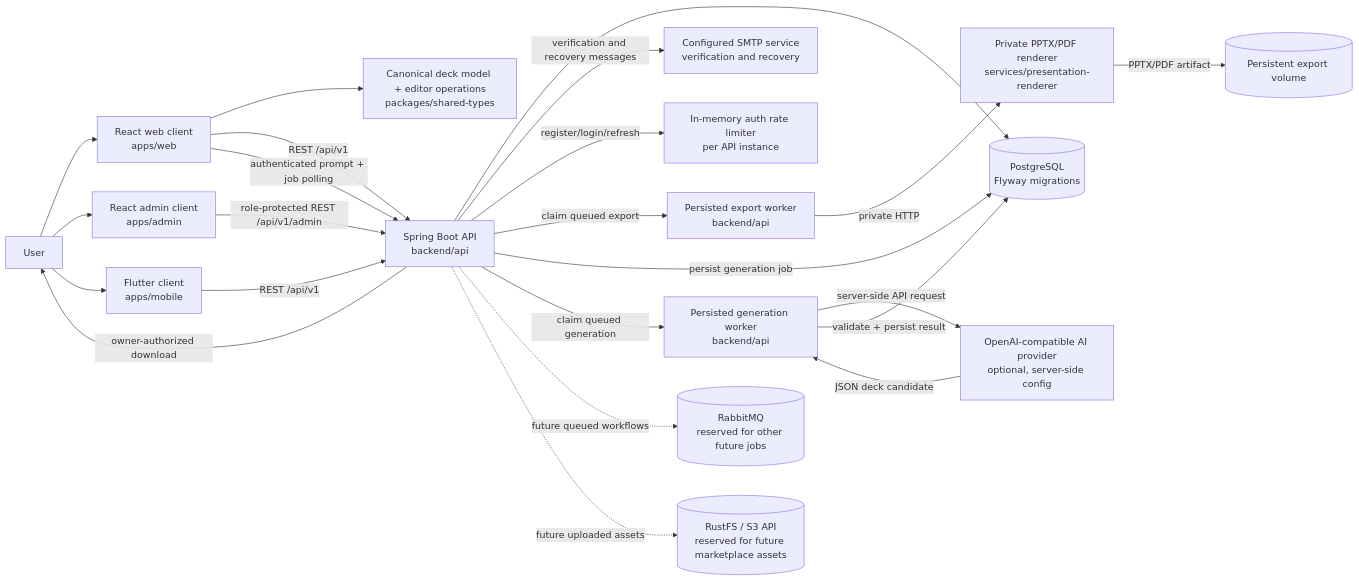
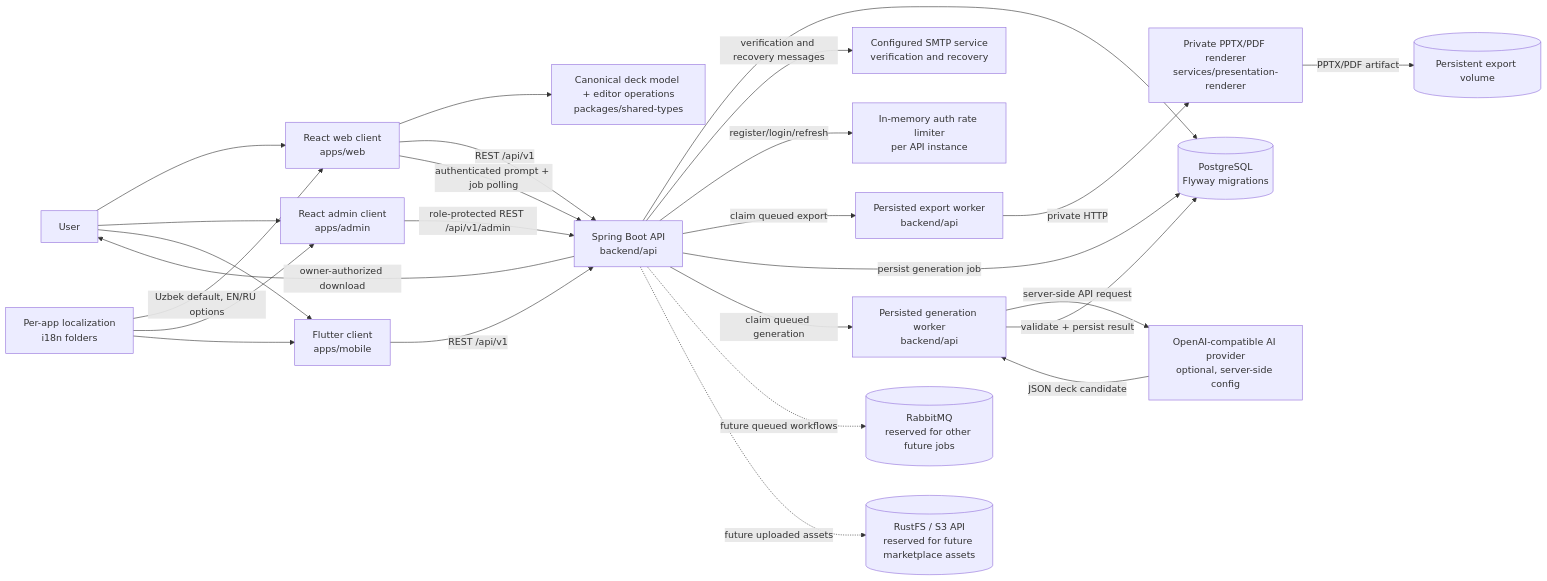
One commit to encodeschool/SLIDE_APP changed the first of 2 diagrams in docs/PROJECT_MAP.md. Above: the diagram before and after it, drawn with Mermaid. The commit also changed other lines of this file and 72 other files, not shown here.

````diff
--- a/docs/PROJECT_MAP.md
+++ b/docs/PROJECT_MAP.md
@@ -7,42 +7,46 @@
 ```mermaid
 flowchart LR
     User[User]
     Web[React web client<br/>apps/web]
     Admin[React admin client<br/>apps/admin]
     Mobile[Flutter client<br/>apps/mobile]
+    I18n[Per-app localization<br/>i18n folders]
     Shared[Canonical deck model + editor operations<br/>packages/shared-types]
     API[Spring Boot API<br/>backend/api]
     AuthLimit[In-memory auth rate limiter<br/>per API instance]
     DB[(PostgreSQL<br/>Flyway migrations)]
     Worker[Persisted export worker<br/>backend/api]
     Renderer[Private PPTX/PDF renderer<br/>services/presentation-renderer]
     Files[(Persistent export volume)]
     GenerationWorker[Persisted generation worker<br/>backend/api]
     AIProvider[OpenAI-compatible AI provider<br/>optional, server-side config]
     Mail[Configured SMTP service<br/>verification and recovery]
     Queue[(RabbitMQ<br/>reserved for other future jobs)]
     Storage[(RustFS / S3 API<br/>reserved for future marketplace assets)]
 
     User --> Web
     User --> Admin
     User --> Mobile
+    I18n -->|Uzbek default, EN/RU options| Web
+    I18n --> Admin
+    I18n --> Mobile
     Web --> Shared
     Web -->|REST /api/v1| API
     Admin -->|role-protected REST /api/v1/admin| API
     Mobile -->|REST /api/v1| API
     API --> DB
     API -->|verification and recovery messages| Mail
     API -->|register/login/refresh| AuthLimit
     API -->|claim queued export| Worker
     Web -->|authenticated prompt + job polling| API
     API -->|persist generation job| DB
     API -->|claim queued generation| GenerationWorker
     GenerationWorker -->|server-side API request| AIProvider
     AIProvider -->|JSON deck candidate| GenerationWorker
     GenerationWorker -->|validate + persist result| DB
     Worker -->|private HTTP| Renderer
     Renderer -->|PPTX/PDF artifact| Files
     API -->|owner-authorized download| User
     API -. future queued workflows .-> Queue
     API -. future uploaded assets .-> Storage
 ```
````
